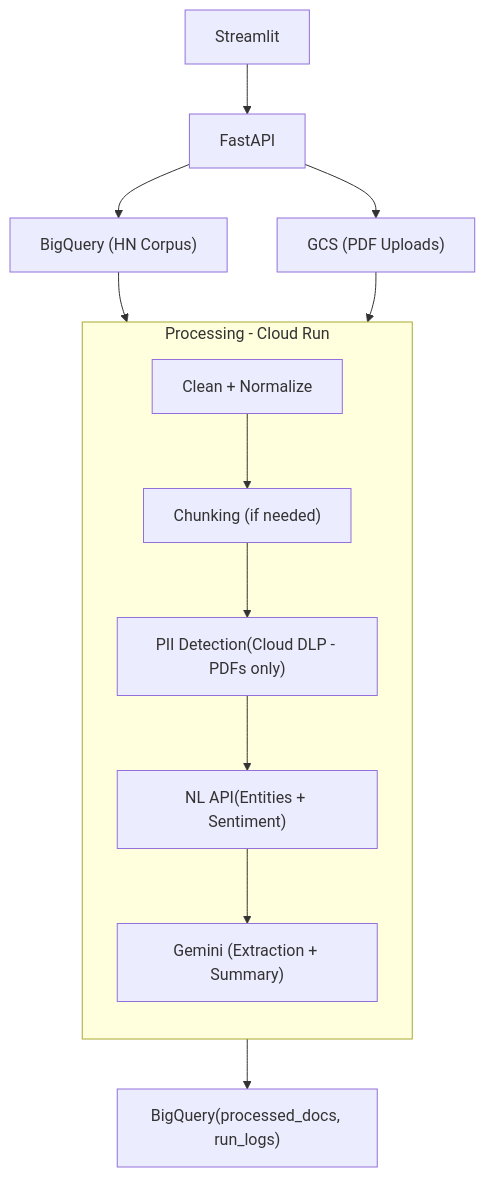
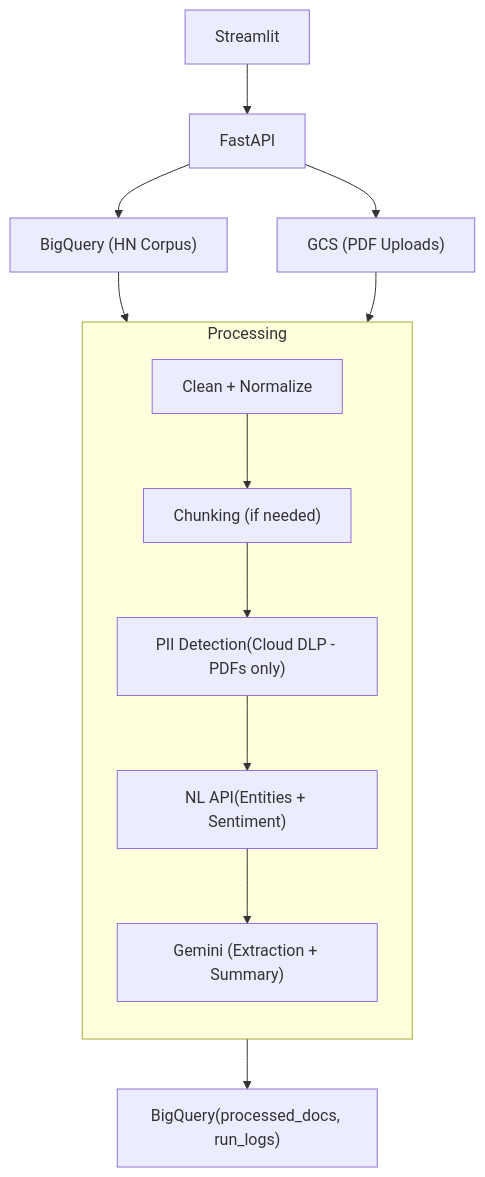
The diagram in README.md (AthiraSreenath/gcp-document-intelligence-system), drawn with Mermaid before and after one commit.

Commit message:
Correcting Cloud Run instructions

````diff
--- a/README.md
+++ b/README.md
@@ -26,28 +26,28 @@
 ```mermaid
 flowchart TD
     UI["Streamlit"]
     API["FastAPI"]
     BQ_IN["BigQuery (HN Corpus)"]
     GCS["GCS (PDF Uploads)"]
 
-    subgraph PROC["Processing - Cloud Run"]
+    subgraph PROC["Processing"]
         direction TB
         P1["Clean + Normalize"]
         P2["Chunking (if needed)"]
         P3["PII Detection(Cloud DLP - PDFs only)"]
         P4["NL API(Entities + Sentiment)"]
         P5["Gemini (Extraction + Summary)"]
 
         P1 --> P2 --> P3 --> P4
         P4 --> P5
     end
 
     BQ_OUT["BigQuery(processed_docs, run_logs)"]
 
     UI --> API
     API --> BQ_IN
     API --> GCS
     BQ_IN --> PROC
     GCS --> PROC
     PROC --> BQ_OUT
 ```
````
